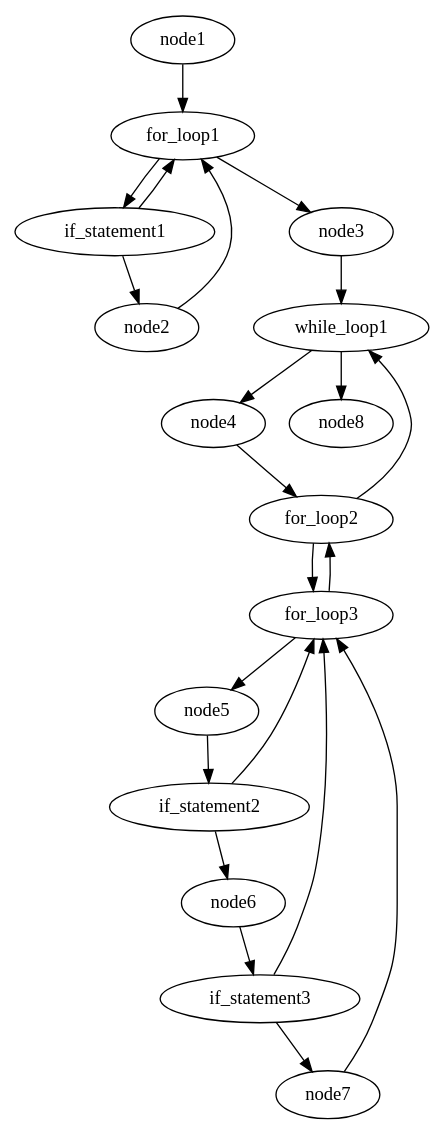
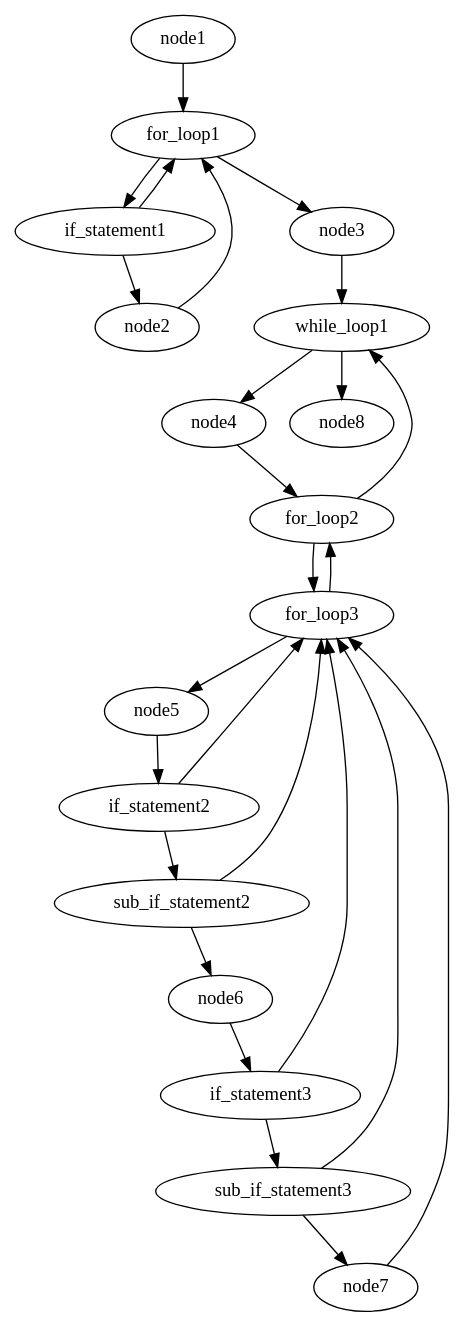
Before and after one commit to Benjamin-Vandersmissen/3BASoftwareEngineering: the diagram in Testing/control_flow.dot, drawn with Graphviz. The commit also changed 2 other files, not shown here.

Commit message:
fixed control flow

```diff
--- a/Testing/control_flow.dot
+++ b/Testing/control_flow.dot
@@ -1,17 +1,19 @@
 digraph control_flow_graph{
 	node1->for_loop1;
 	
 	for_loop1->{if_statement1, node3};
 	if_statement1->{node2, for_loop1};
 	node2->for_loop1;
 	node3->while_loop1;
 	while_loop1->{node4,node8};
 	node4->for_loop2;
 	for_loop2->{for_loop3, while_loop1};
 	for_loop3->{node5, for_loop2};
 	node5->if_statement2;
-	if_statement2->{node6,for_loop3};
+	if_statement2->{sub_if_statement2,for_loop3};
+	sub_if_statement2->{node6, for_loop3};
 	node6->if_statement3;
-	if_statement3->{node7, for_loop3};
+	if_statement3->{sub_if_statement3, for_loop3};
+	sub_if_statement3->{node7, for_loop3}
 	node7->for_loop3;
 }
```
